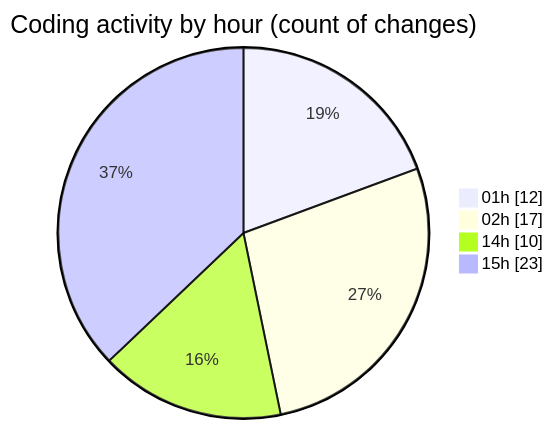
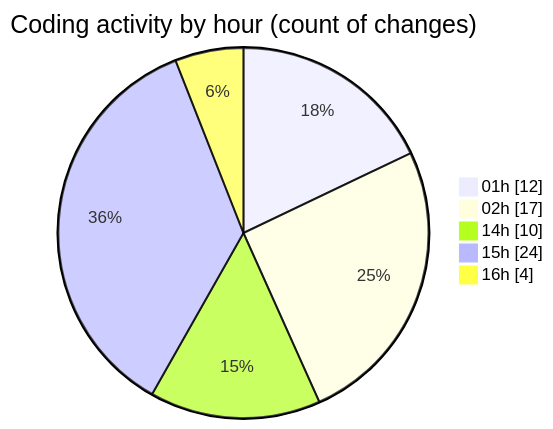
The second of 2 diagrams in 2025-11-16/eventscop-frontend-guide__workspace_/README.md (julien-gomy/code-tracking), drawn with Mermaid before and after one commit. The commit also changed other lines of this file and 1 other file, not shown here.

````diff
--- a/2025-11-16/eventscop-frontend-guide__workspace_/README.md
+++ b/2025-11-16/eventscop-frontend-guide__workspace_/README.md
@@ -44,8 +45,9 @@
 ```mermaid
 pie showData
 title Coding activity by hour (count of changes)
 "01h" : 12
 "02h" : 17
 "14h" : 10
-"15h" : 23
+"15h" : 24
+"16h" : 4
 ```
````
